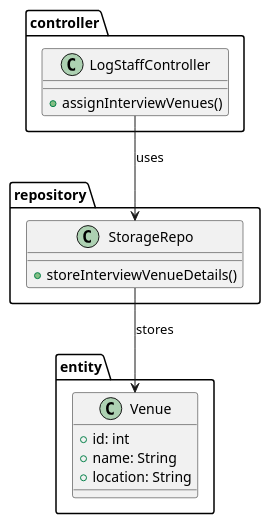
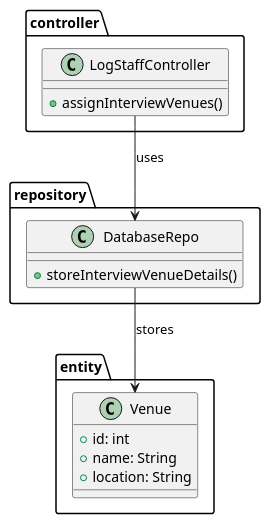
Before and after one commit to iamSlightlyWind/Legacy: the diagram in SWD392/class_diagrams/40_assign_interview_venues.puml, drawn with PlantUML. The commit also changed 9 other files, not shown here.

```diff
--- a/SWD392/class_diagrams/40_assign_interview_venues.puml
+++ b/SWD392/class_diagrams/40_assign_interview_venues.puml
@@ -1,24 +1,24 @@
 @startuml
 package controller {
     class LogStaffController {
         +assignInterviewVenues()
     }
 }
 
 package repository {
-    class StorageRepo {
+    class DatabaseRepo {
         +storeInterviewVenueDetails()
     }
 }
 
 package entity {
     class Venue {
         +id: int
         +name: String
         +location: String
     }
 }
 
-LogStaffController --> StorageRepo : uses
-StorageRepo --> Venue : stores
+LogStaffController --> DatabaseRepo : uses
+DatabaseRepo --> Venue : stores
 @enduml
```
